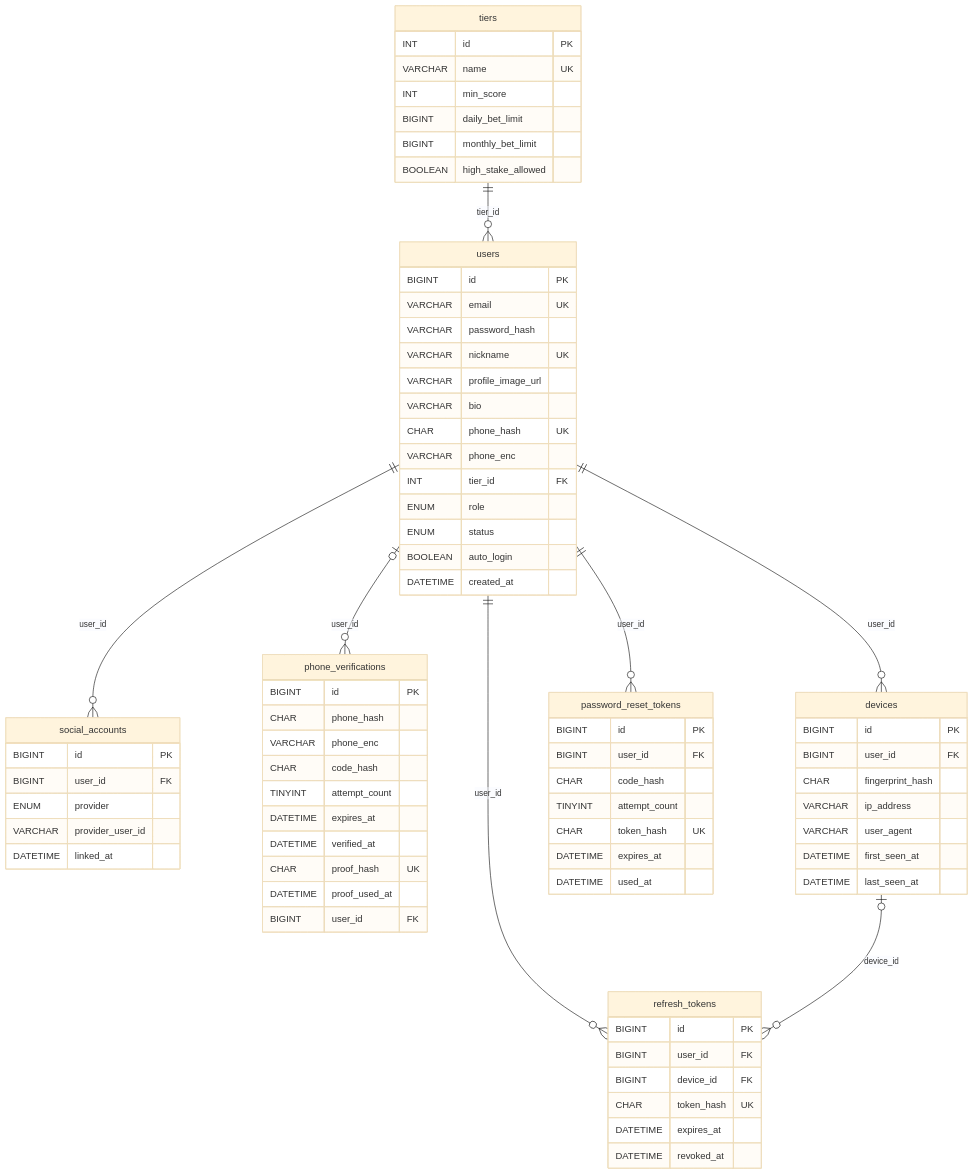
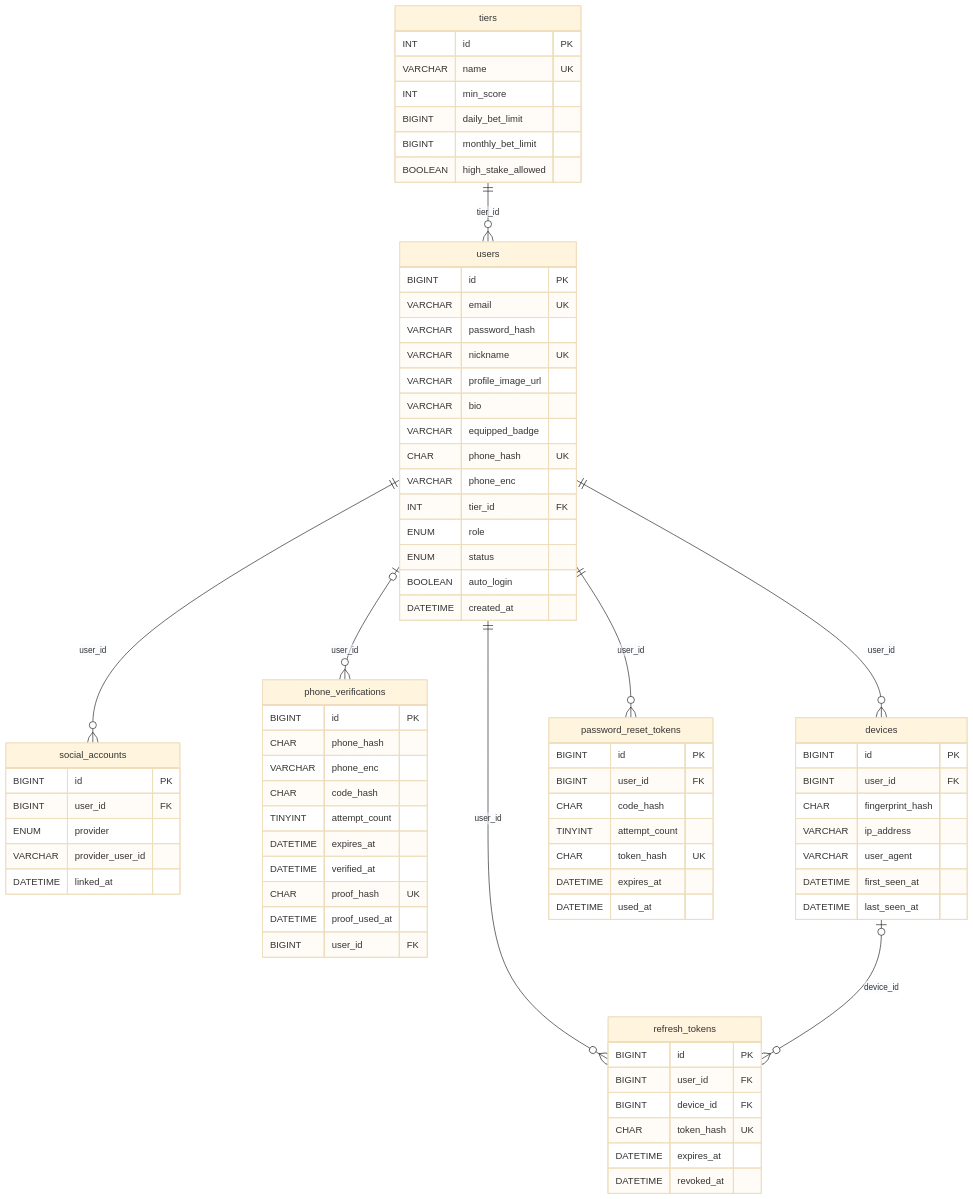
Before and after one commit to nae442939-prog/GodLife: the second of 11 diagrams in docs/erd.md, drawn with Mermaid (base theme). The commit also changed other lines of this file and 7 other files, not shown here.

First line of the commit message:
docs: README · ERD 갱신, 배포 스크립트와 로컬 미리보기 스크립트를 저장소에

````diff
--- a/docs/erd.md
+++ b/docs/erd.md
@@ -128,78 +128,79 @@
 ```mermaid
 erDiagram
     tiers {
         INT id PK
         VARCHAR name UK
         INT min_score
         BIGINT daily_bet_limit
         BIGINT monthly_bet_limit
         BOOLEAN high_stake_allowed
     }
     users {
         BIGINT id PK
         VARCHAR email UK
         VARCHAR password_hash
         VARCHAR nickname UK
         VARCHAR profile_image_url
         VARCHAR bio
+        VARCHAR equipped_badge
         CHAR phone_hash UK
         VARCHAR phone_enc
         INT tier_id FK
         ENUM role
         ENUM status
         BOOLEAN auto_login
         DATETIME created_at
     }
     social_accounts {
         BIGINT id PK
         BIGINT user_id FK
         ENUM provider
         VARCHAR provider_user_id
         DATETIME linked_at
     }
     phone_verifications {
         BIGINT id PK
         CHAR phone_hash
         VARCHAR phone_enc
         CHAR code_hash
         TINYINT attempt_count
         DATETIME expires_at
         DATETIME verified_at
         CHAR proof_hash UK
         DATETIME proof_used_at
         BIGINT user_id FK
     }
     devices {
         BIGINT id PK
         BIGINT user_id FK
         CHAR fingerprint_hash
         VARCHAR ip_address
         VARCHAR user_agent
         DATETIME first_seen_at
         DATETIME last_seen_at
     }
     refresh_tokens {
         BIGINT id PK
         BIGINT user_id FK
         BIGINT device_id FK
         CHAR token_hash UK
         DATETIME expires_at
         DATETIME revoked_at
     }
     password_reset_tokens {
         BIGINT id PK
         BIGINT user_id FK
         CHAR code_hash
         TINYINT attempt_count
         CHAR token_hash UK
         DATETIME expires_at
         DATETIME used_at
     }
     tiers ||--o{ users : "tier_id"
     users ||--o{ social_accounts : "user_id"
     users |o--o{ phone_verifications : "user_id"
     users ||--o{ devices : "user_id"
     users ||--o{ refresh_tokens : "user_id"
     devices |o--o{ refresh_tokens : "device_id"
     users ||--o{ password_reset_tokens : "user_id"
 ```
````
